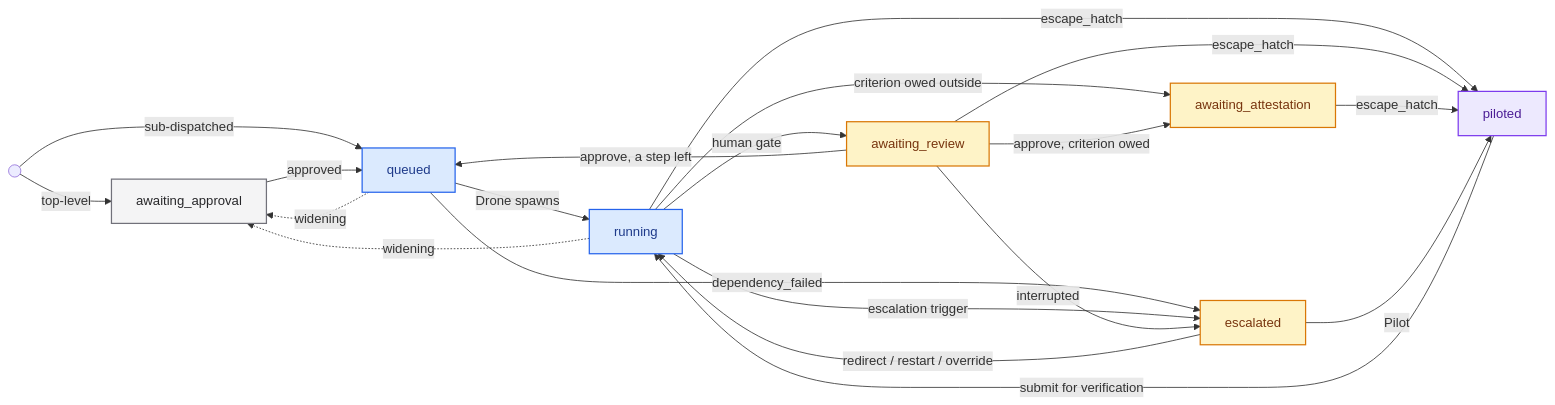
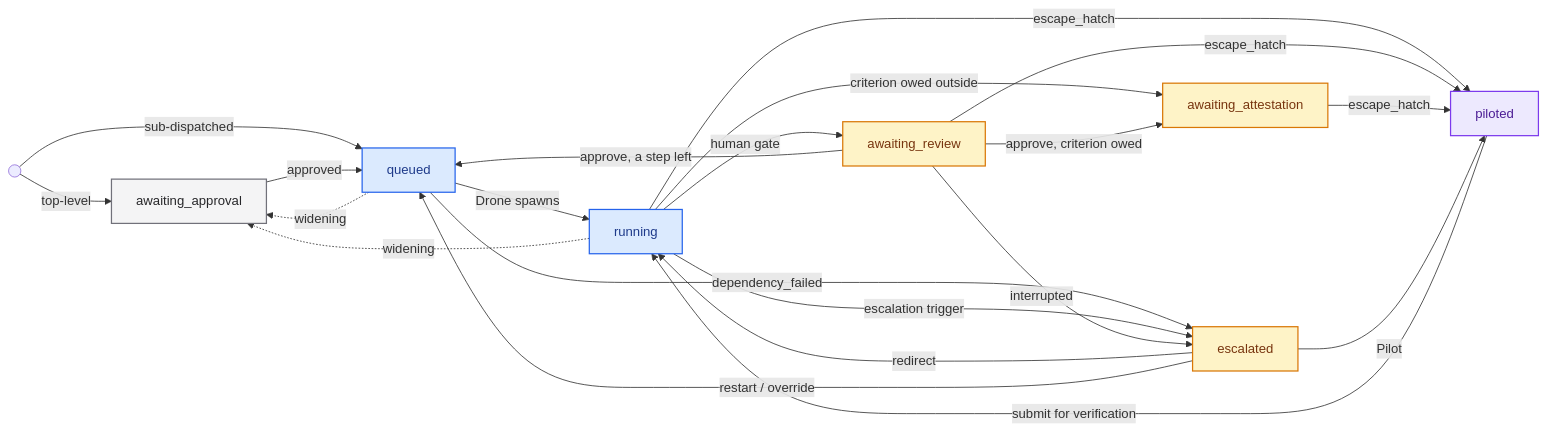
The second of 3 diagrams in docs/concepts/job.md (NickMele/armada), drawn with Mermaid before and after one commit. The commit also changed other lines of this file and 15 other files, not shown here.

````diff
--- a/docs/concepts/job.md
+++ b/docs/concepts/job.md
@@ -91,38 +91,39 @@
 ```mermaid
 flowchart LR
   classDef gate fill:#f4f4f5,stroke:#71717a,stroke-width:1.5px,color:#27272a
   classDef drone fill:#dbeafe,stroke:#2563eb,stroke-width:1.5px,color:#1e3a8a
   classDef waited fill:#fef3c7,stroke:#d97706,stroke-width:1.5px,color:#78350f
   classDef worked fill:#ede9fe,stroke:#7c3aed,stroke-width:1.5px,color:#4c1d95
 
   START(( )) -->|top-level| AA
   START -->|sub-dispatched| Q
 
   AA["awaiting_approval"] -->|approved| Q["queued"]
   Q -->|Drone spawns| R["running"]
 
   R -->|human gate| AR["awaiting_review"]
   AR -->|"approve, a step left"| Q
 
   R -->|criterion owed outside| AT["awaiting_attestation"]
   AR -->|"approve, criterion owed"| AT
 
   Q -->|dependency_failed| ESC["escalated"]
   R -->|escalation trigger| ESC
   AR -->|interrupted| ESC
-  ESC -->|"redirect / restart / override"| R
+  ESC -->|redirect| R
+  ESC -->|"restart / override"| Q
 
   R -->|escape_hatch| P["piloted"]
   AR -->|escape_hatch| P
   AT -->|escape_hatch| P
   ESC -->|Pilot| P
   P -->|submit for verification| R
 
   Q -.->|widening| AA
   R -.->|widening| AA
 
   class AA gate
   class Q,R drone
   class AR,ESC,AT waited
   class P worked
 ```
````
